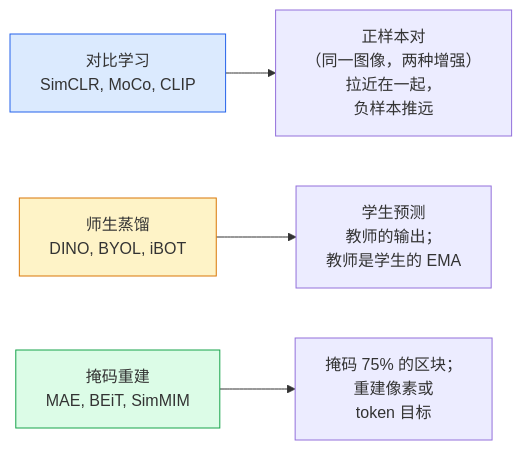
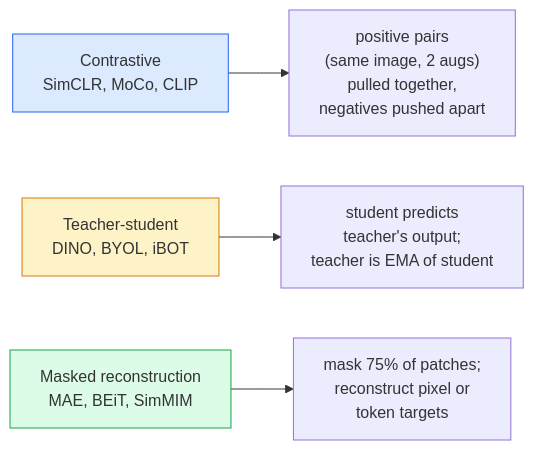
Before and after one commit to xiaojiaenen/ai-engineering-from-scratch-zh: the diagram in i18n/zh/phases/04-computer-vision/17-self-supervised-vision/docs/zh.md, drawn with Mermaid. The commit also changed other lines of this file and 28 other files, not shown here.

````diff
--- a/i18n/zh/phases/04-computer-vision/17-self-supervised-vision/docs/zh.md
+++ b/i18n/zh/phases/04-computer-vision/17-self-supervised-vision/docs/zh.md
@@ -29,10 +29,10 @@
 ```mermaid
 flowchart LR
-    A["对比学习<br/>SimCLR, MoCo, CLIP"] --> AT["正样本对<br/>（同一图像，两种增强）<br/>拉近在一起，<br/>负样本推远"]
-    B["师生蒸馏<br/>DINO, BYOL, iBOT"] --> BT["学生预测<br/>教师的输出；<br/>教师是学生的 EMA"]
-    C["掩码重建<br/>MAE, BEiT, SimMIM"] --> CT["掩码 75% 的区块；<br/>重建像素或<br/>token 目标"]
+    A["Contrastive<br/>SimCLR, MoCo, CLIP"] --> AT["positive pairs<br/>(same image, 2 augs)<br/>pulled together,<br/>negatives pushed apart"]
+    B["Teacher-student<br/>DINO, BYOL, iBOT"] --> BT["student predicts<br/>teacher's output;<br/>teacher is EMA of student"]
+    C["Masked reconstruction<br/>MAE, BEiT, SimMIM"] --> CT["mask 75% of patches;<br/>reconstruct pixel or<br/>token targets"]
 
     style A fill:#dbeafe,stroke:#2563eb
     style B fill:#fef3c7,stroke:#d97706
     style C fill:#dcfce7,stroke:#16a34a
 ```
````
